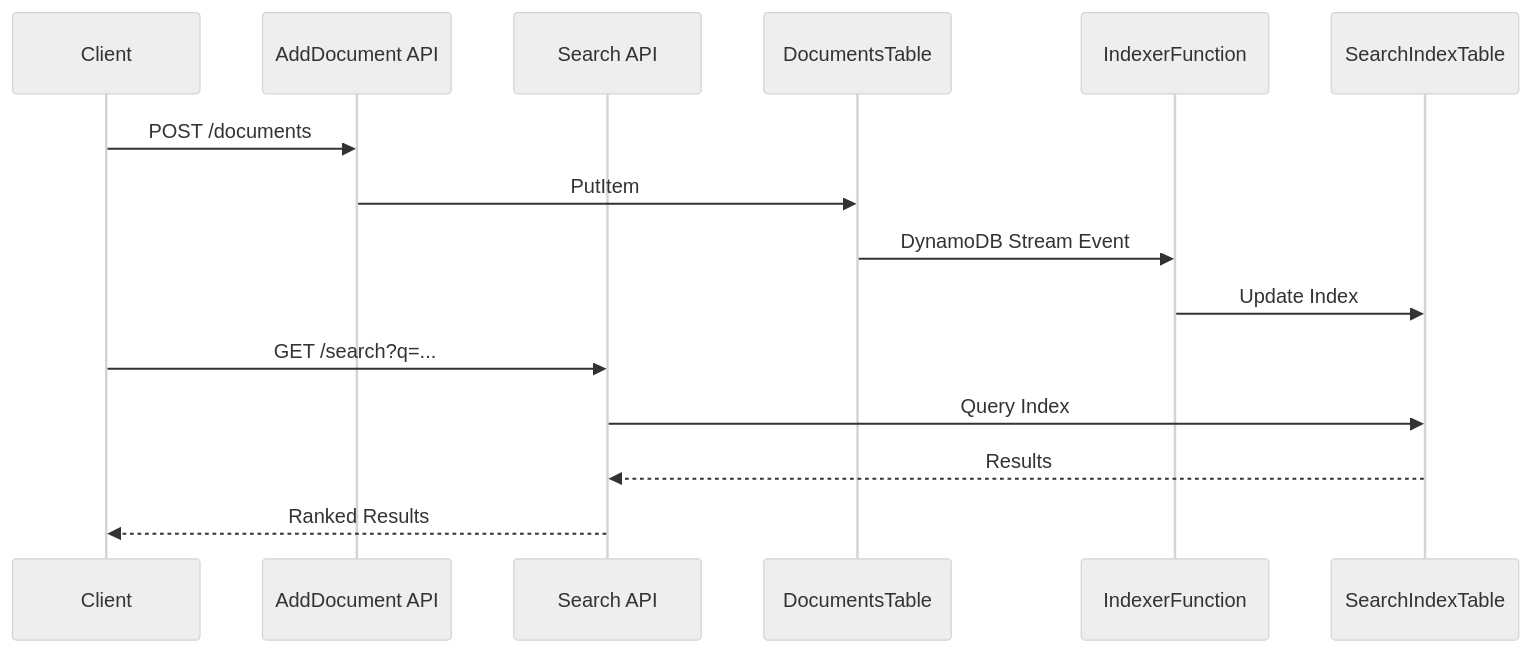
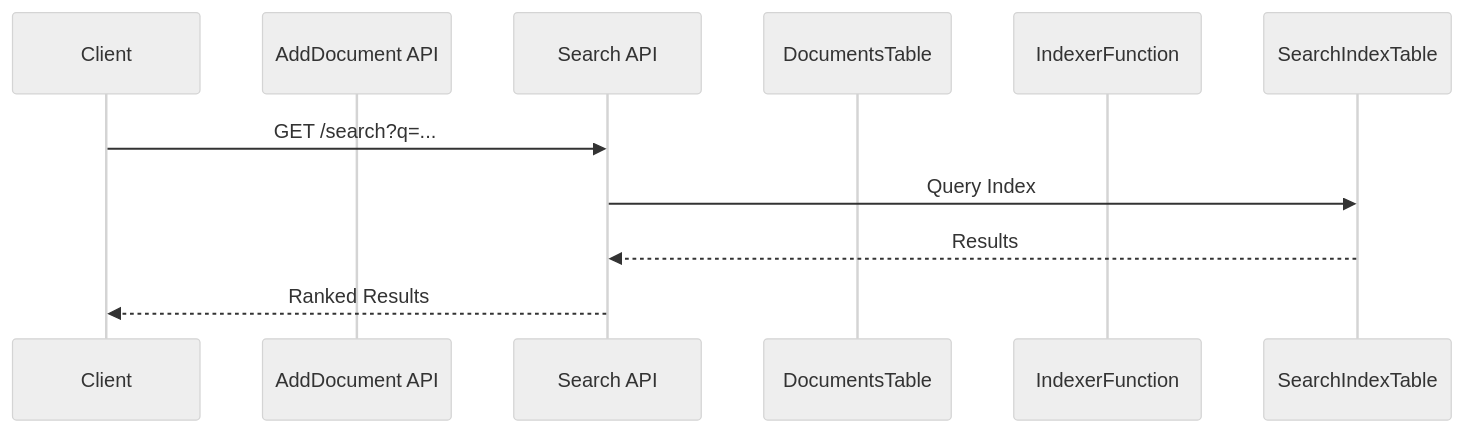
Before and after one commit to maruyamaworks/dynamosearch: the second of 2 diagrams in docs/guide/sam-example.md, drawn with Mermaid (neutral theme). The commit also changed other lines of this file and 4 other files, not shown here.

````diff
--- a/docs/guide/sam-example.md
+++ b/docs/guide/sam-example.md
@@ -110,19 +130,14 @@
 ```mermaid
 sequenceDiagram
     participant Client
     participant AddAPI as AddDocument API
     participant SearchAPI as Search API
     participant DB as DocumentsTable
     participant Indexer as IndexerFunction
     participant Index as SearchIndexTable
 
-    Client->>AddAPI: POST /documents
-    AddAPI->>DB: PutItem
-    DB->>Indexer: DynamoDB Stream Event
-    Indexer->>Index: Update Index
-
     Client->>SearchAPI: GET /search?q=...
     SearchAPI->>Index: Query Index
     Index-->>SearchAPI: Results
     SearchAPI-->>Client: Ranked Results
 ```
````
